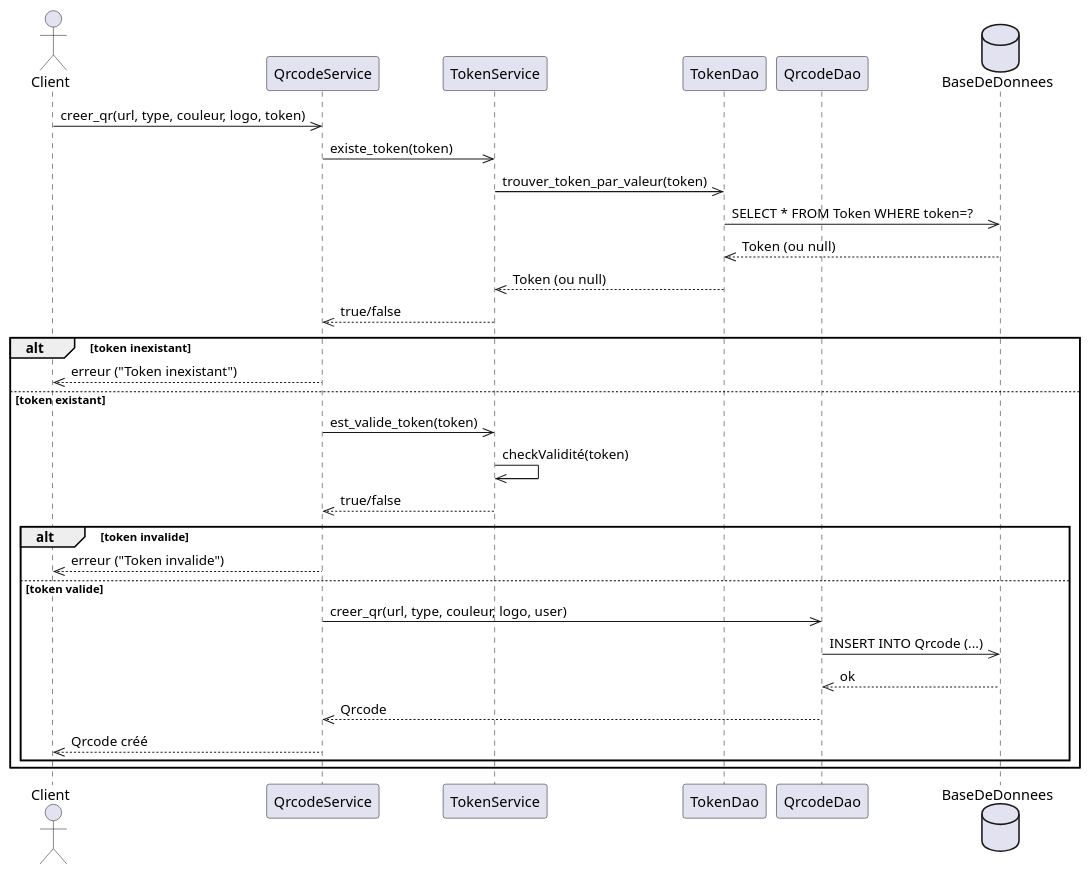
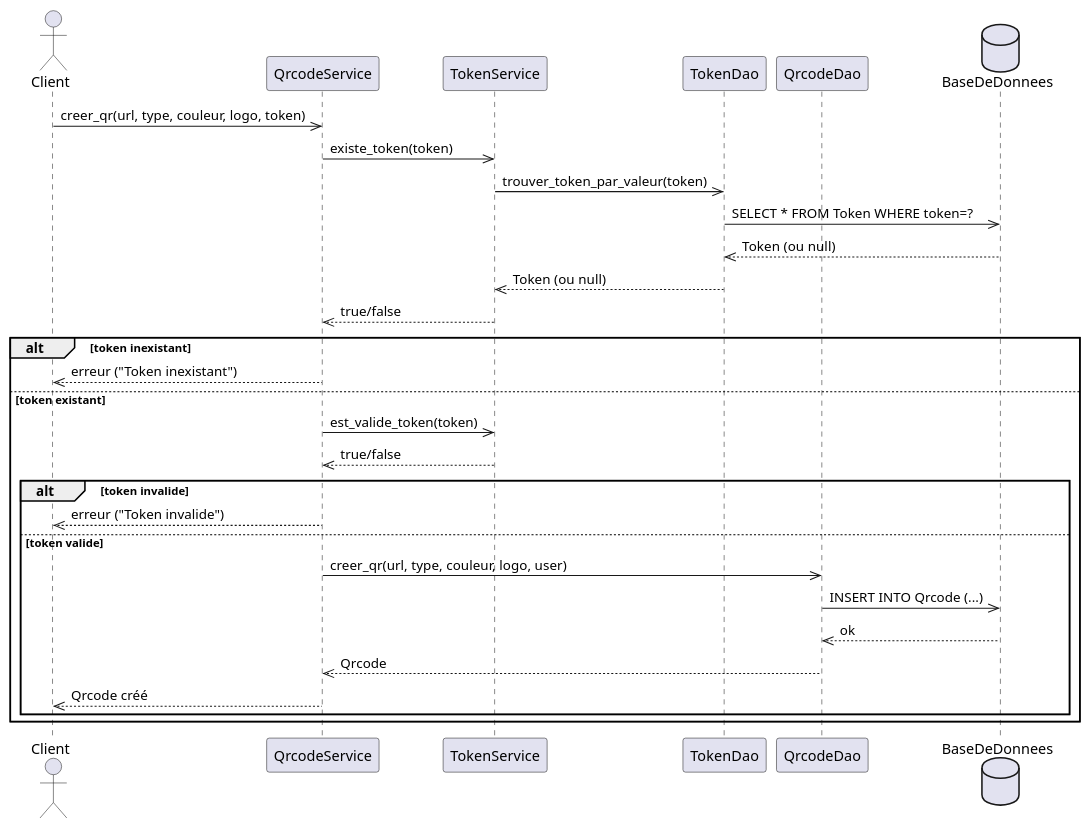
One commit to AdamLaporte/ENSAI-2A-projet-info-groupe-32 changed the diagram in doc/diag_sequence/creation_QrCode.puml. Above: the diagram before and after it, drawn with PlantUML. The commit also changed 3 other files, not shown here.

```diff
--- a/doc/diag_sequence/creation_QrCode.puml
+++ b/doc/diag_sequence/creation_QrCode.puml
@@ -2,58 +2,57 @@
 @startuml
 
 /' 
 -------------------------------------------------------------------
   NOTICE D’UTILISATION DANS VSCODE 
 
   1. Installer Java et Graphviz dans l' environnement :
      - Ouvre un terminal puis tape :
          sudo apt update
          sudo apt install -y default-jre graphviz
 
   2. Dans VSCode :
      - Installer l’extension "PlantUML"
 
   3. Exécution :
      - Ouvrir ce fichier .puml dans VSCode
      - Appuyer sur ALT + D pour générer et prévisualiser le diagramme
 ------------------------------------------------------------------- 
 '/
 
 actor Client
 
 participant "QrcodeService" as QrService
 participant "TokenService" as TokenService
 participant "TokenDao" as TokenDAO
 participant "QrcodeDao" as QrDAO
 database "BaseDeDonnees" as BDD
 
 Client ->> QrService: creer_qr(url, type, couleur, logo, token)
 
 ' Vérification existence du token
 QrService ->> TokenService: existe_token(token)
 TokenService ->> TokenDAO: trouver_token_par_valeur(token)
 TokenDAO ->> BDD: SELECT * FROM Token WHERE token=?
 BDD -->> TokenDAO: Token (ou null)
 TokenDAO -->> TokenService: Token (ou null)
 TokenService -->> QrService: true/false
 
 alt token inexistant
     QrService -->> Client: erreur ("Token inexistant")
 else token existant
     ' Vérification validité du token
     QrService ->> TokenService: est_valide_token(token)
-    TokenService ->> TokenService: checkValidité(token)
     TokenService -->> QrService: true/false
 
     alt token invalide
         QrService -->> Client: erreur ("Token invalide")
     else token valide
         ' Création du QRCode
         QrService ->> QrDAO: creer_qr(url, type, couleur, logo, user)
         QrDAO ->> BDD: INSERT INTO Qrcode (...)
         BDD -->> QrDAO: ok
         QrDAO -->> QrService: Qrcode
         QrService -->> Client: Qrcode créé
     end
 end
 @enduml
```
